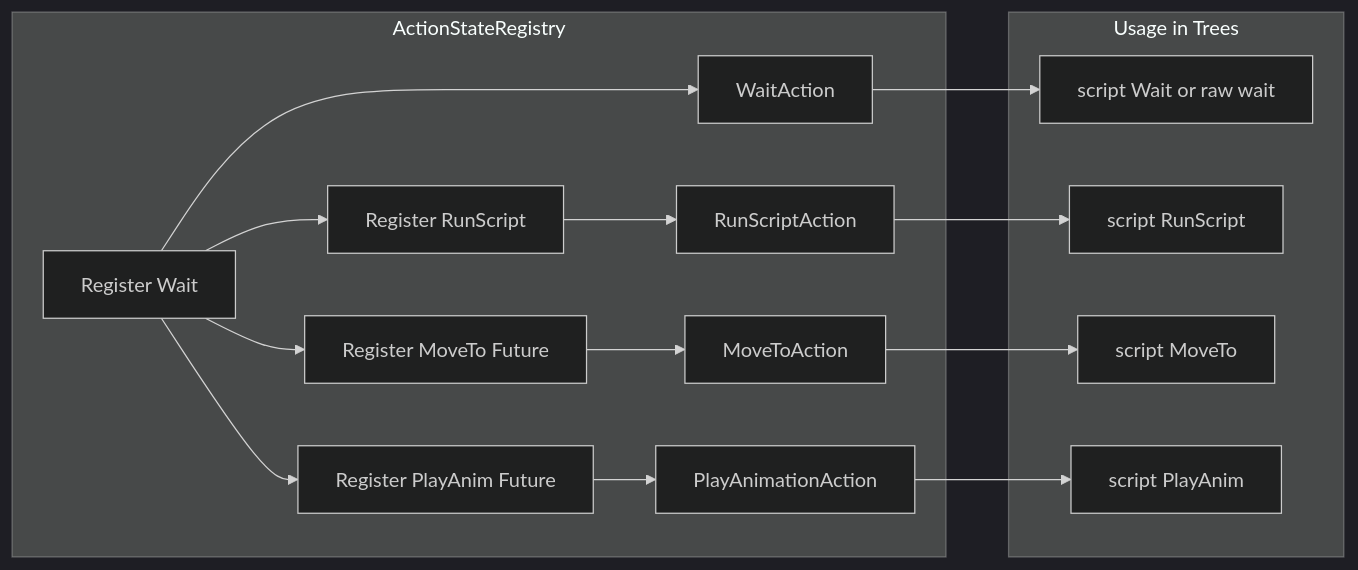
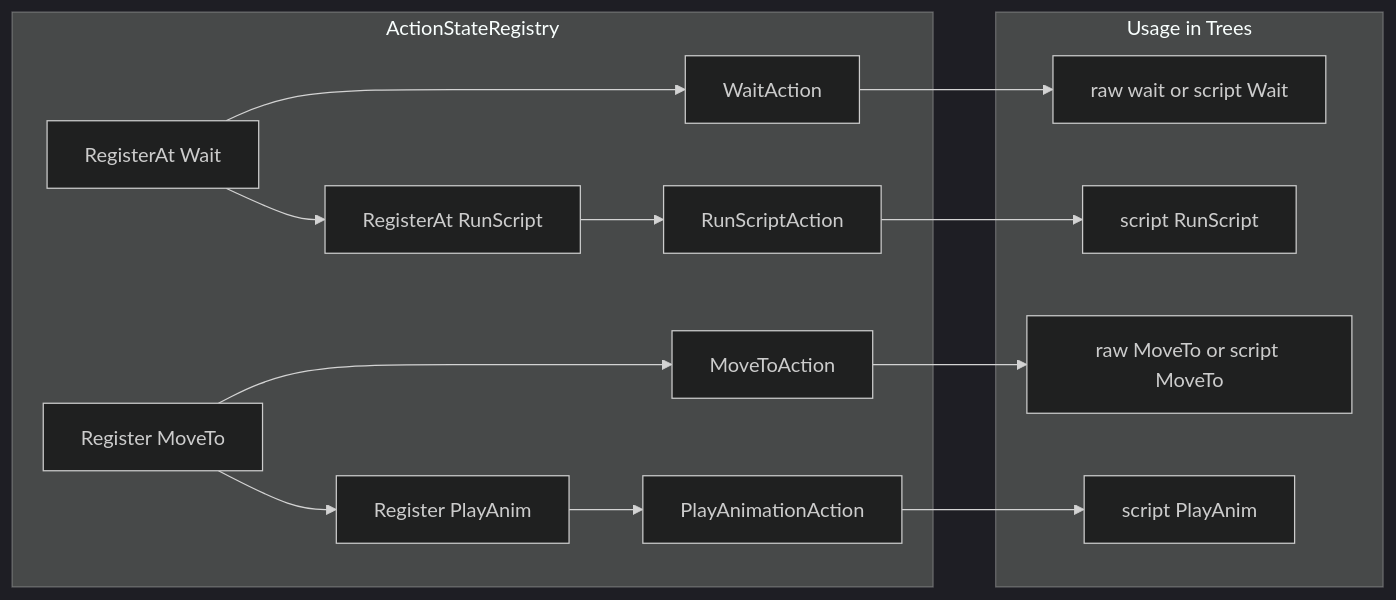
One commit to jabbadablack/G.O.A.T changed the second of 4 diagrams in Docs/00 - Theory/Extensibility Model.md. Above: the diagram before and after it, drawn with Mermaid (dark theme). The commit also changed other lines of this file and 82 other files, not shown here.

````diff
--- a/Docs/00 - Theory/Extensibility Model.md
+++ b/Docs/00 - Theory/Extensibility Model.md
@@ -123,16 +132,16 @@
 ```mermaid
 graph LR
     subgraph Registry[ActionStateRegistry]
-        A[Register Wait] --> B[WaitAction]
-        A --> C[Register RunScript] --> D[RunScriptAction]
-        A --> E[Register MoveTo Future] --> F[MoveToAction]
-        A --> G[Register PlayAnim Future] --> H[PlayAnimationAction]
+        A[RegisterAt Wait] --> B[WaitAction]
+        A --> C[RegisterAt RunScript] --> D[RunScriptAction]
+        E[Register MoveTo] --> F[MoveToAction]
+        E --> G[Register PlayAnim] --> H[PlayAnimationAction]
     end
 
     subgraph Usage[Usage in Trees]
-        B --> I[script Wait or raw wait]
+        B --> I[raw wait or script Wait]
         D --> J[script RunScript]
-        F --> K[script MoveTo]
+        F --> K[raw MoveTo or script MoveTo]
         H --> L[script PlayAnim]
     end
 ```
````
